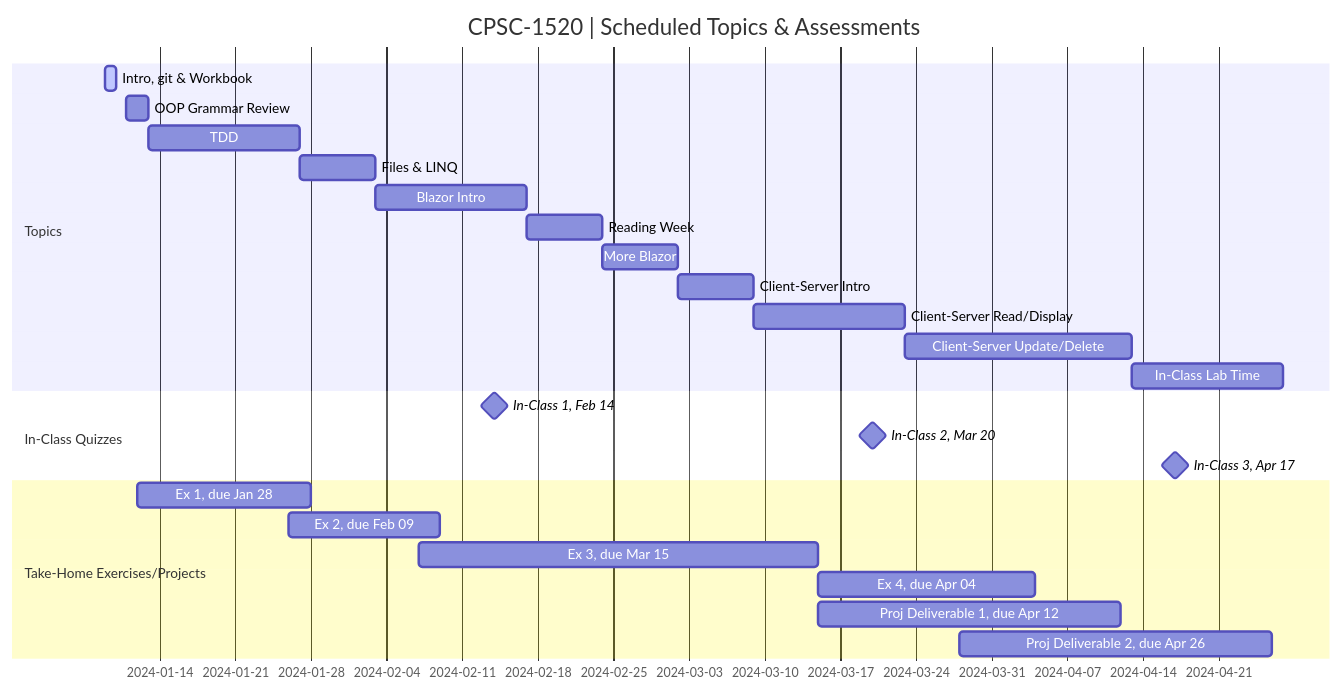
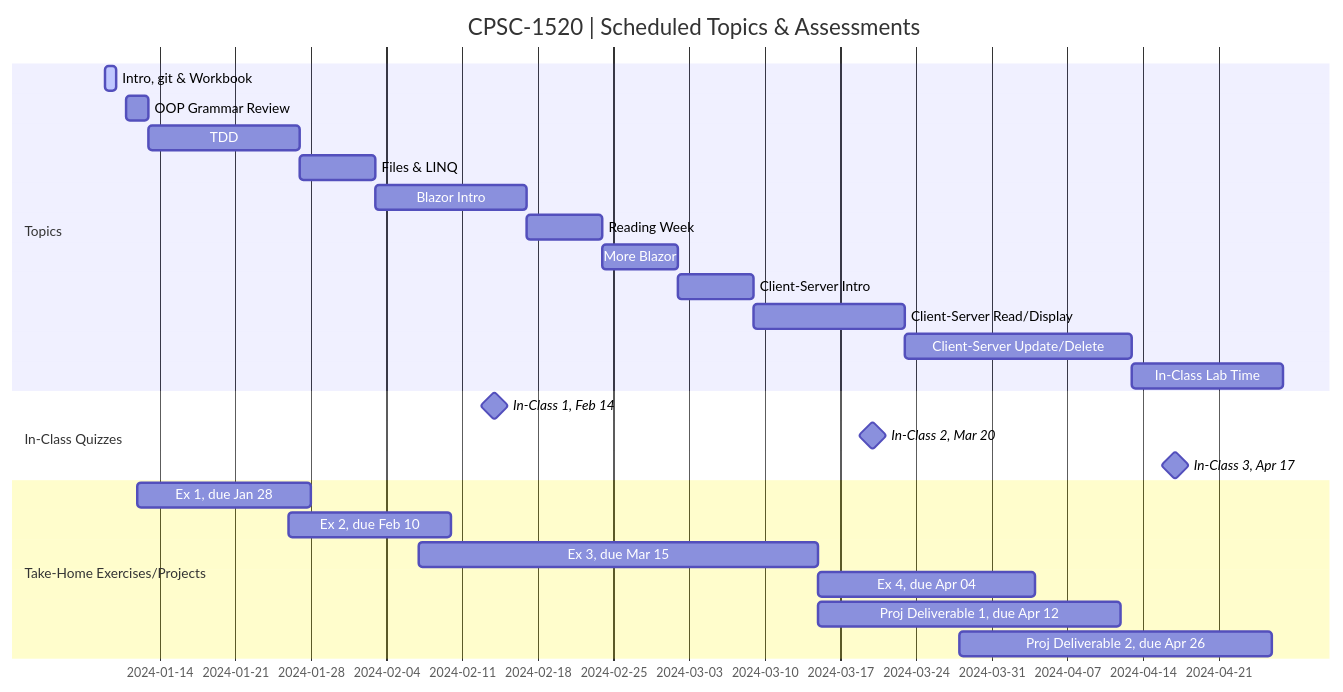
Before and after one commit to CPSC-1517/cpsc-1517-workbook-jan2024-a01-dgilleland: the diagram in README.md, drawn with Mermaid.

Commit message:
Update due date for Exercise 2

````diff
--- a/README.md
+++ b/README.md
@@ -9,37 +9,37 @@
 ```mermaid
 gantt
     dateFormat  YYYY-MM-DD
     title       CPSC-1520 | Scheduled Topics & Assessments
     %% excludes    weekends
     %% (`excludes` accepts specific dates in YYYY-MM-DD format, days of the week ("sunday") or "weekends", but not the word "weekdays".)
 
     section Topics
     %% done - for finished tasks
     %% active - for current tasks
     %% crit - for red outline/background
     Intro, git & Workbook     :active,  part0, 2024-01-09, 2024-01-10
     OOP Grammar Review       :         part1, 2024-01-11, 2d
     TDD      :         part2, after part1, 14d
     Files & LINQ          :         part3, after part2, 7d
     Blazor Intro          :         part4, after part3, 14d
     Reading Week              :         break, after part4, 7d
     More Blazor          :         part5, after break, 7d
     Client-Server Intro :        part6, after part5, 7d
     Client-Server Read/Display :        part7, after part6, 14d
     Client-Server Update/Delete :       part8, after part7, 21d
     In-Class Lab Time :        part9, after part8, 14d
 
     section In-Class Quizzes
     In-Class 1, Feb 14 :  milestone, 2024-02-14, 0d
     In-Class 2, Mar 20 :  milestone, 2024-03-20, 0d
     In-Class 3, Apr 17 :  milestone, 2024-04-17, 0d
 
     section Take-Home Exercises/Projects
     Ex 1, due Jan 28 : 2024-01-12, 2024-01-28
-    Ex 2, due Feb 09 : 2024-01-26, 2024-02-09
+    Ex 2, due Feb 10 : 2024-01-26, 2024-02-10
     Ex 3, due Mar 15 : 2024-02-07, 2024-03-15
     Ex 4, due Apr 04 : 2024-03-15, 2024-04-04
     Proj Deliverable 1, due Apr 12 : 2024-03-15, 2024-04-12
     Proj Deliverable 2, due Apr 26 : 2024-03-28, 2024-04-26
 
 ```
````
